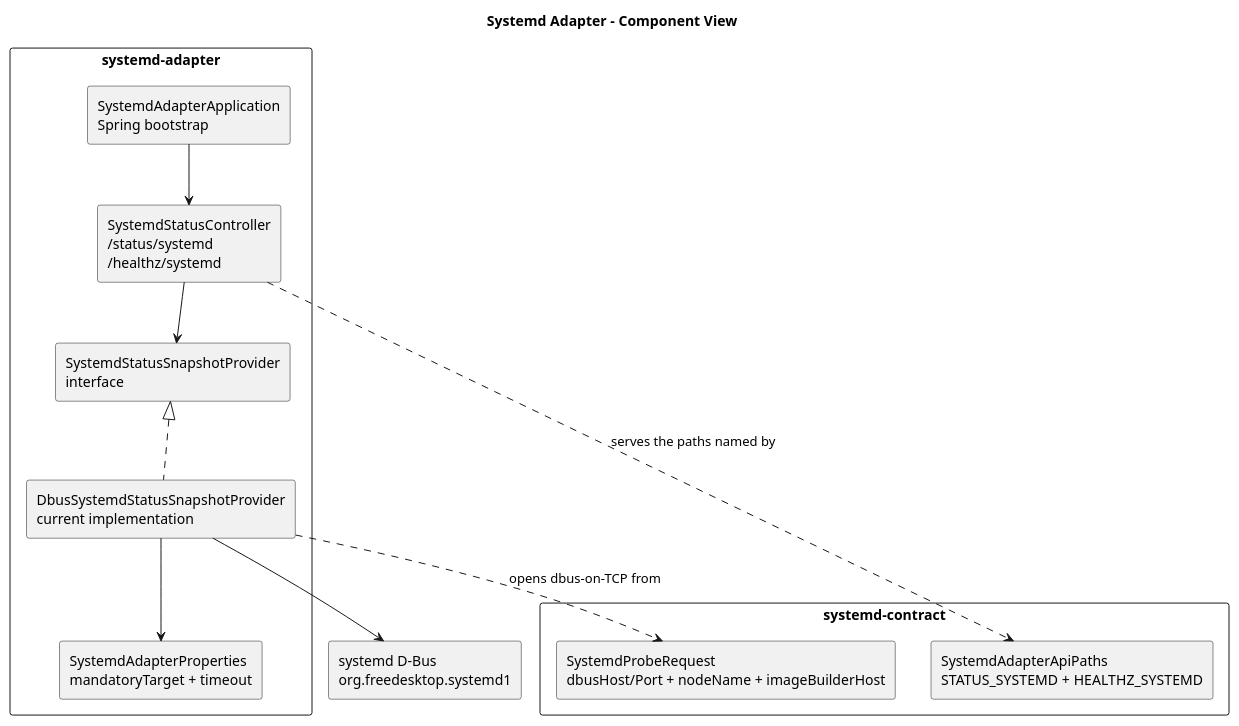
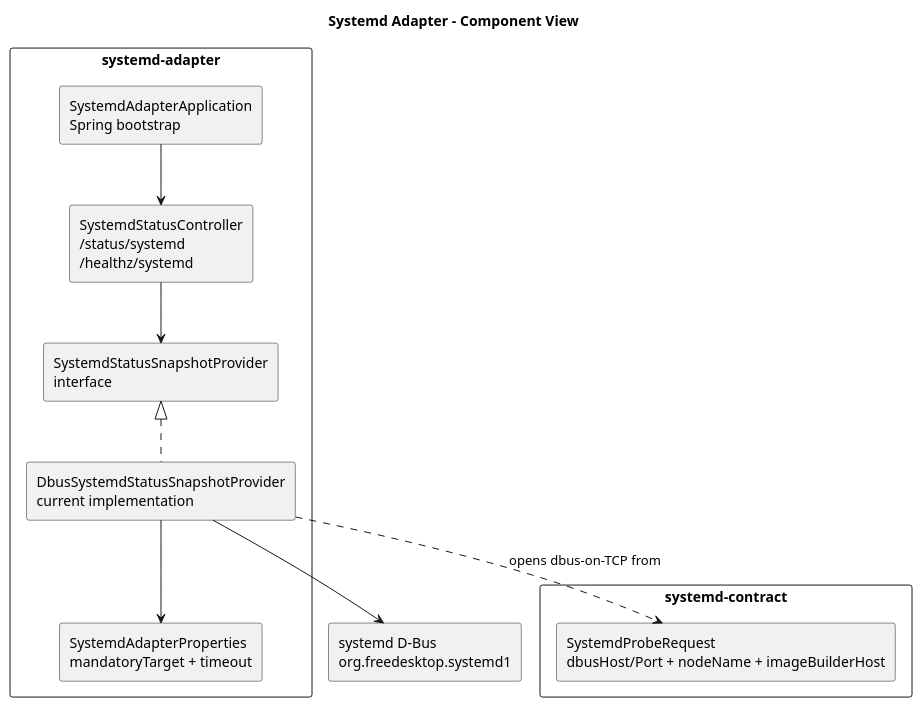
Before and after one commit to nxmatic/rke2lab: the third of 4 diagrams in docs/architecture/systemd/systemd-dbus-adapter-architecture.adoc, drawn with PlantUML. The commit also changed other lines of this file and 1 other file, not shown here.

First line of the commit message:
refactor(systemd): cut the dead SystemdAdapterApiPaths off the contract

```diff
--- a/docs/architecture/systemd/systemd-dbus-adapter-architecture.adoc
+++ b/docs/architecture/systemd/systemd-dbus-adapter-architecture.adoc
@@ -105,33 +105,31 @@
 [plantuml,systemd-adapter-components,svg]
 ----
 @startuml
 top to bottom direction
 skinparam shadowing false
 skinparam packageStyle rectangle
 
 title Systemd Adapter - Component View
 
 package "systemd-adapter" {
   rectangle "SystemdAdapterApplication\nSpring bootstrap" as app
   rectangle "SystemdStatusController\n/status/systemd\n/healthz/systemd" as controller
   rectangle "SystemdStatusSnapshotProvider\ninterface" as provider
   rectangle "DbusSystemdStatusSnapshotProvider\ncurrent implementation" as dbusProvider
   rectangle "SystemdAdapterProperties\nmandatoryTarget + timeout" as props
 }
 
 package "systemd-contract" {
-  rectangle "SystemdAdapterApiPaths\nSTATUS_SYSTEMD + HEALTHZ_SYSTEMD" as apiPaths
   rectangle "SystemdProbeRequest\ndbusHost/Port + nodeName + imageBuilderHost" as probeReq
 }
 
 rectangle "systemd D-Bus\norg.freedesktop.systemd1" as systemdDbus
 
 app --> controller
-controller ..> apiPaths : serves the paths named by
 controller --> provider
 provider <|.. dbusProvider
 dbusProvider ..> probeReq : opens dbus-on-TCP from
 dbusProvider --> props
 dbusProvider --> systemdDbus
 @enduml
 ----
```
